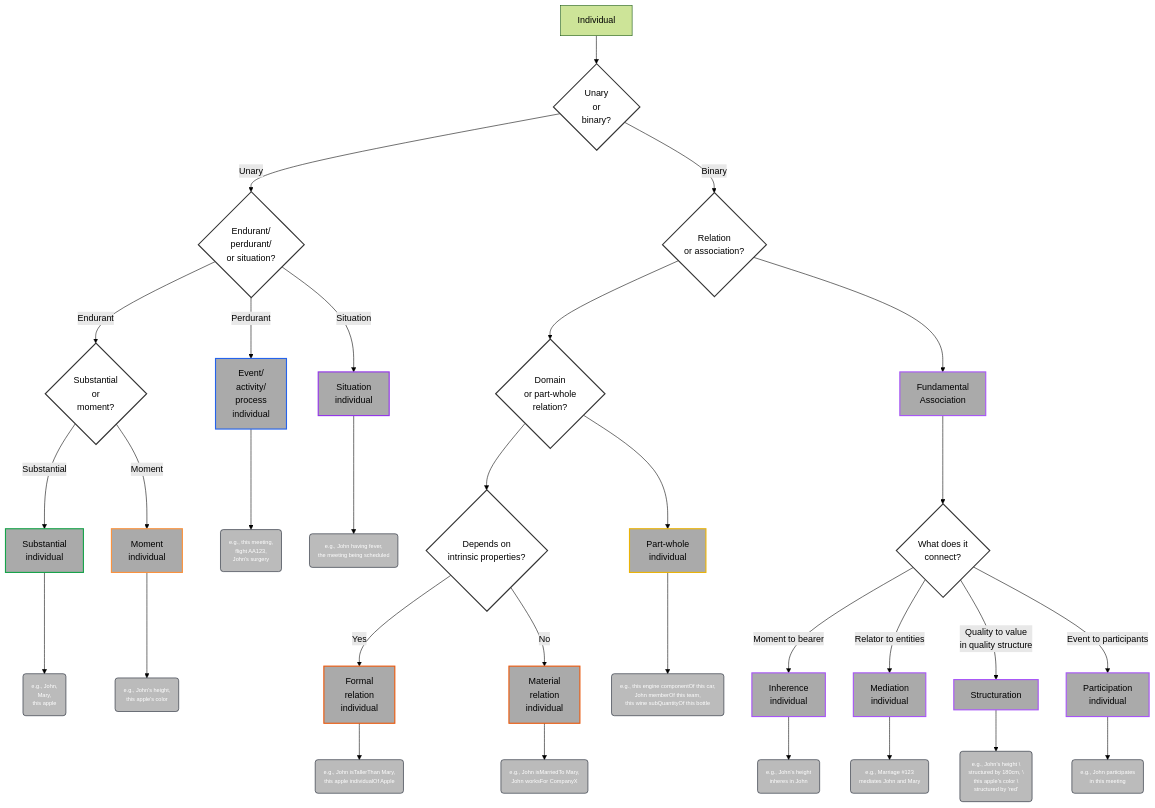
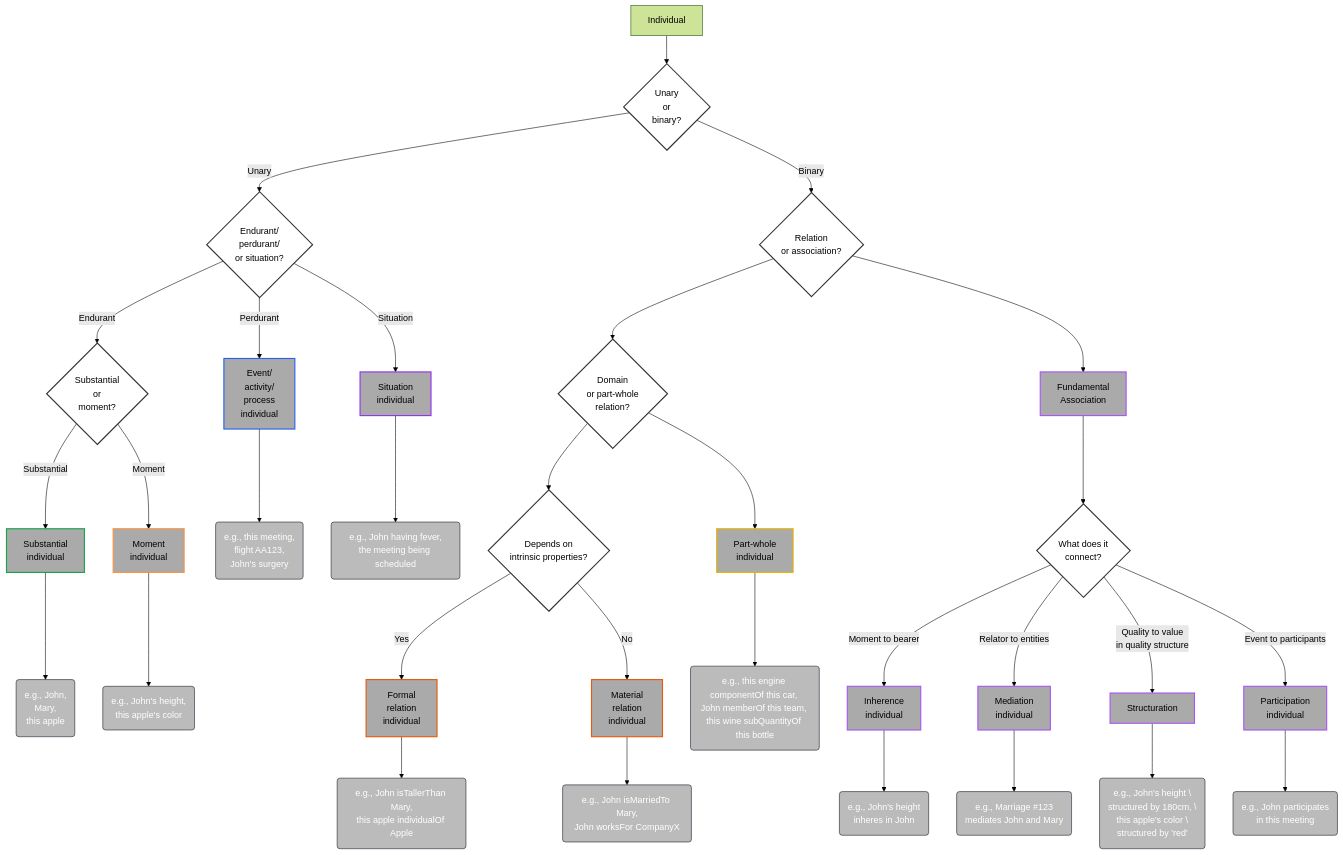
The diagram in 01-Individual.mermaid (spdrnl/UFO-Modeling-Decision-Tree), drawn with Mermaid (forest theme) before and after one commit. The commit also changed 12 other files, not shown here.

Commit message:
Added PDF and increased example font size.

```diff
--- a/01-Individual.mermaid
+++ b/01-Individual.mermaid
@@ -1,88 +1,88 @@
 flowchart TD
     A[Individual] --> I_UB{Unary \nor \nbinary?}
 
     %% UNARY INDIVIDUALS
     I_UB -->|Unary| I0{Endurant/\nperdurant/\nor situation?}
 
     I0 -->|Endurant| IE{Substantial \nor \nmoment?}
     I0 -->|Perdurant| IP[Event/\nactivity/\nprocess\nindividual]
     I0 -->|Situation| ISIT[Situation\nindividual]
 
     IE -->|Substantial| IES[Substantial\nindividual]
     IE -->|Moment| IIM[Moment\nindividual]
 
     %% BINARY INDIVIDUALS (RELATIONS/ASSOCIATIONS)
     I_UB -->|Binary| ROA{"Relation \nor association?"}
 
     ROA --> DOPR{"Domain \nor part-whole \nrelation?"}
     ROA --> FA["Fundamental \nAssociation"]
 
     %% DOMAIN RELATIONS - INDIVIDUAL LEVEL
     DOPR --> DR{Depends on \nintrinsic properties?}
     DR -->|Yes| FORI[Formal \nrelation\nindividual]
     DR -->|No| MATI[Material \nrelation\nindividual]
 
     %% PART-WHOLE RELATIONS - INDIVIDUAL LEVEL
     DOPR --> PWI[Part-whole \nindividual]
 
     %% FUNDAMENTAL ASSOCIATIONS - INDIVIDUAL LEVEL
     FA --> FA1{What does it \nconnect?}
     FA1 -->|Moment to bearer| INHER[Inherence\nindividual]
     FA1 -->|Relator to entities| MEDI[Mediation\nindividual]
     FA1 -->|Quality to value\nin quality structure| STRU[Structuration]
     FA1 -->|Event to participants| PARTI[Participation\nindividual]
 
     %% EXAMPLES
     IES_ex("e.g., John,\nMary,\nthis apple"):::example
     IES --> IES_ex
 
     IIM_ex("e.g., John's height,\nthis apple's color"):::example
     IIM --> IIM_ex
 
     IP_ex("e.g., this meeting,\nflight AA123,\nJohn's surgery"):::example
     IP --> IP_ex
 
     ISIT_ex("e.g., John having fever,\nthe meeting being scheduled"):::example
     ISIT --> ISIT_ex
 
     FORI_ex("e.g., John isTallerThan Mary,\nthis apple individualOf Apple"):::example
     FORI --> FORI_ex
 
     MATI_ex("e.g., John isMarriedTo Mary,\nJohn worksFor CompanyX"):::example
     MATI --> MATI_ex
 
     INHER_ex("e.g., John's height \ninheres in John"):::example
     INHER --> INHER_ex
 
     MEDI_ex("e.g., Marriage #123 \nmediates John and Mary"):::example
     MEDI --> MEDI_ex
 
     STRU_ex("e.g., John's height \\nstructured by 180cm, \\nthis apple's color \\nstructured by 'red'"):::example
     STRU --> STRU_ex
 
     PARTI_ex("e.g., John participates \nin this meeting"):::example
     PARTI --> PARTI_ex
 
     PWI_ex("e.g., this engine componentOf this car, \nJohn memberOf this team, \nthis wine subQuantityOf this bottle"):::example
     PWI --> PWI_ex
 
     %% CLASSES
-    classDef example fill:#BBBBBB,stroke:#111827,stroke-width:1px,color:#fff,font-size:10px;
+    classDef example fill:#BBBBBB,stroke:#111827,stroke-width:1px,color:#fff;
     classDef generic fill:#ffffff,stroke:#333,stroke-width:2px,color:#000;
     classDef perdurant fill:#aaaaaa,stroke:#2563eb,stroke-width:2px,color:#000;
     classDef substantial fill:#aaaaaa,stroke:#16a34a,stroke-width:2px,color:#000;
     classDef intrinsic fill:#aaaaaa,stroke:#fb923c,stroke-width:2px,color:#000;
     classDef relator fill:#aaaaaa,stroke:#ea580c,stroke-width:2px,color:#000;
     classDef meronymic fill:#aaaaaa,stroke:#eab308,stroke-width:2px,color:#000;
     classDef fundamental fill:#aaaaaa,stroke:#a855f7,stroke-width:2px,color:#000;
     classDef situation fill:#aaaaaa,stroke:#9333ea,stroke-width:2px,color:#000;
 
     %% Apply styles
     class I_UB,I0,IE,ROA,DOPR,DR,PWI,FA1 generic;
     class IP perdurant;
     class IES substantial;
     class IIM intrinsic;
     class FORI,MATI relator;
     class PWI meronymic;
     class FA,INHER,MEDI,PARTI,STRU fundamental;
     class ISIT situation;
```
